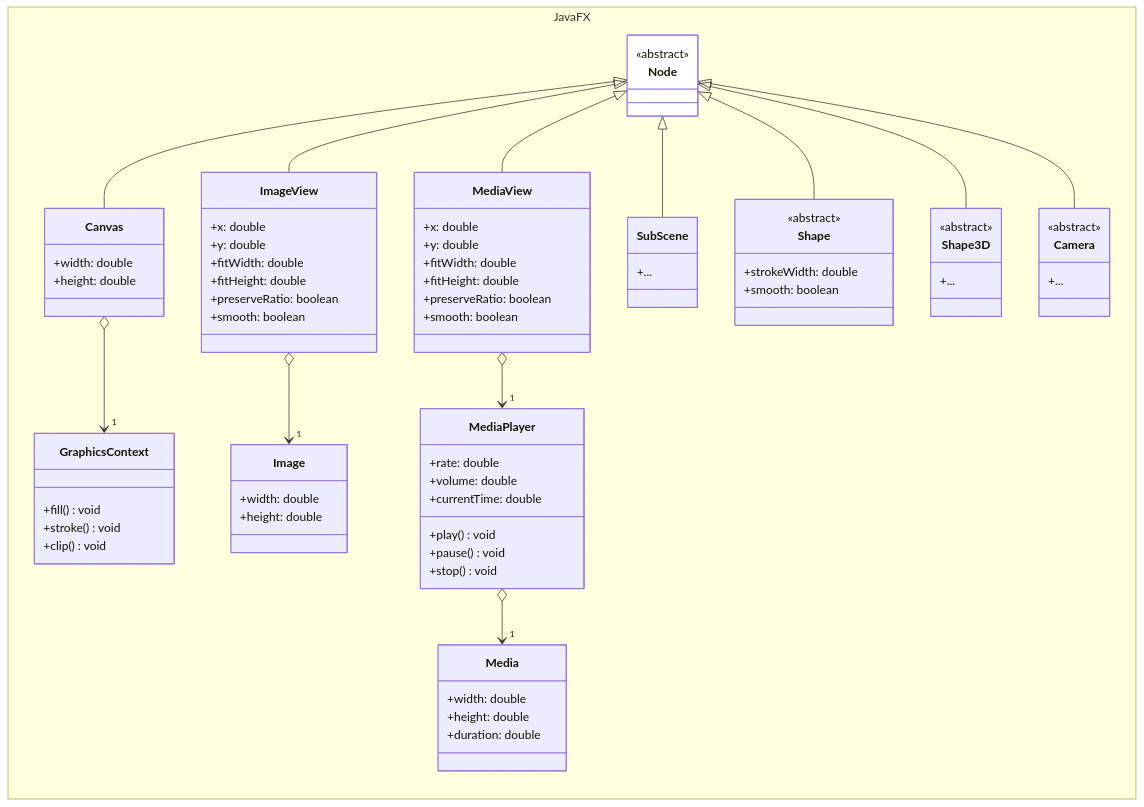
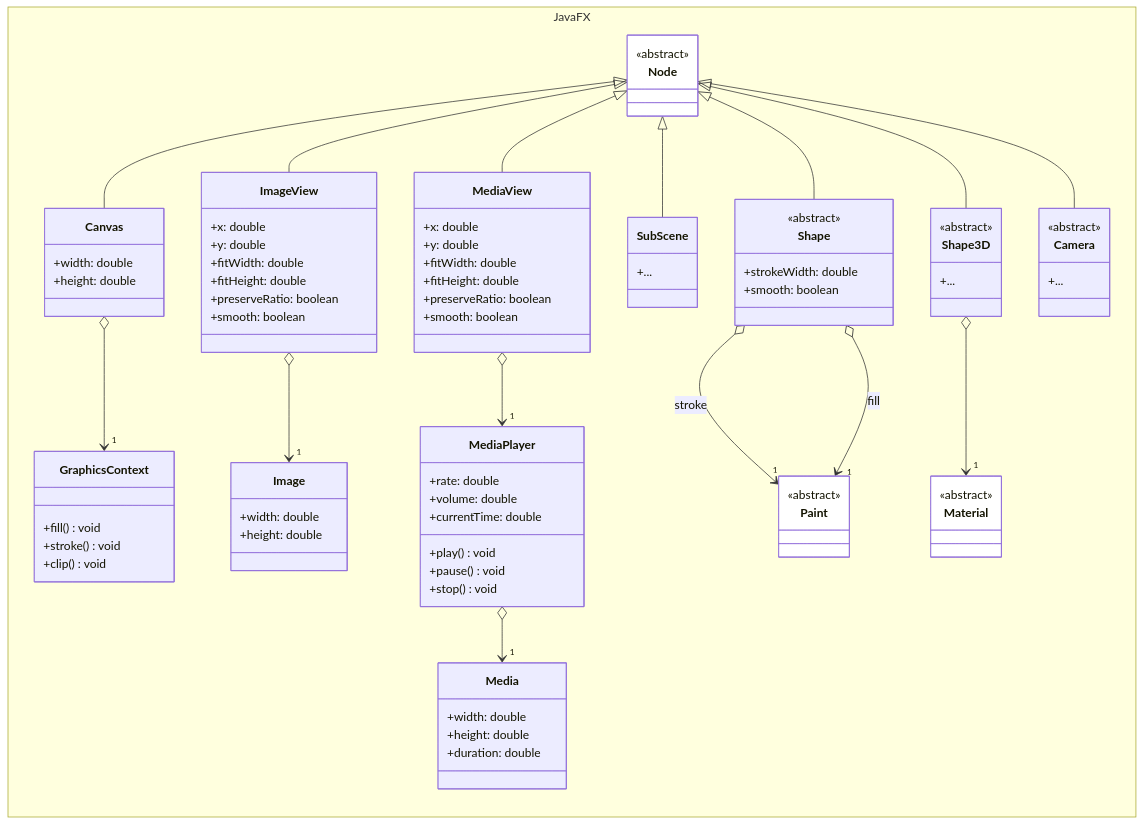
The diagram in Grafiken/JavaFX/Node.mmd (ghackenberg/kurs-java-programmierung), drawn with Mermaid before and after one commit. The commit also changed 12 other files, not shown here.

Commit message:
work on class diagrams

```diff
--- a/Grafiken/JavaFX/Node.mmd
+++ b/Grafiken/JavaFX/Node.mmd
@@ -1,104 +1,119 @@
 classDiagram
 
     direction LR
 
     namespace JavaFX {
         
         class Node {
             <<abstract>>
         }
 
         class ImageView {
             +x: double
             +y: double
             +fitWidth: double
             +fitHeight: double
             +preserveRatio: boolean
             +smooth: boolean
         }
 
         class MediaView {
             +x: double
             +y: double
             +fitWidth: double
             +fitHeight: double
             +preserveRatio: boolean
             +smooth: boolean
         }
 
         class Canvas {
             +width: double
             +height: double
         }
 
         class GraphicsContext {
             +fill() void
             +stroke() void
             +clip() void
         }
 
         class Image {
             +width: double
             +height: double
         }
 
         class MediaPlayer {
             +rate: double
             +volume: double
             +currentTime: double
             +play() void
             +pause() void
             +stop() void
         }
 
         class Media {
             +width: double
             +height: double
             +duration: double
         }
 
         class SubScene {
             +...
         }
 
         class Shape {
             <<abstract>>
             +strokeWidth: double
             +smooth: boolean
         }
 
         class Shape3D {
             <<abstract>>
             +...
         }
 
         class Camera {
             <<abstract>>
             +...
         }
 
+        class Paint {
+            <<abstract>>
+        }
+
+        class Material {
+            <<abstract>>
+        }
+
     }
 
     Node <|-- ImageView
 
     Node <|-- MediaView
 
     Node <|-- Canvas
 
     Node <|-- SubScene
     
     Node <|-- Shape
 
     Node <|-- Shape3D
 
     Node <|-- Camera
 
     Canvas o-->"1" GraphicsContext
 
     ImageView o-->"1" Image
 
     MediaView o-->"1" MediaPlayer
 
     MediaPlayer o-->"1" Media
 
+    Shape o-->"1" Paint: stroke
+    Shape o-->"1" Paint: fill
+
+    Shape3D o-->"1" Material
+
     style Node fill:white
+    style Paint fill:white
+    style Material fill:white
```
